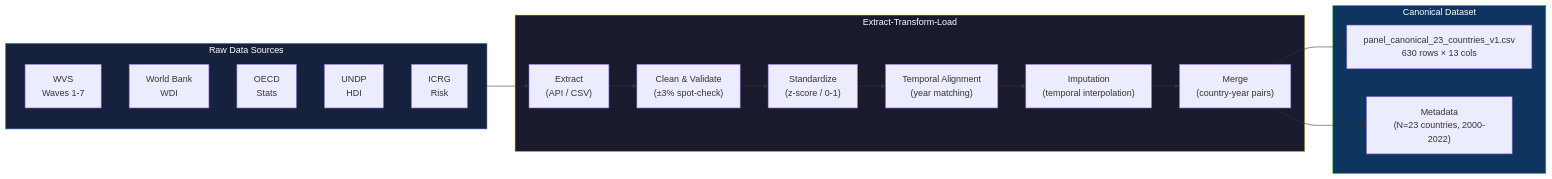
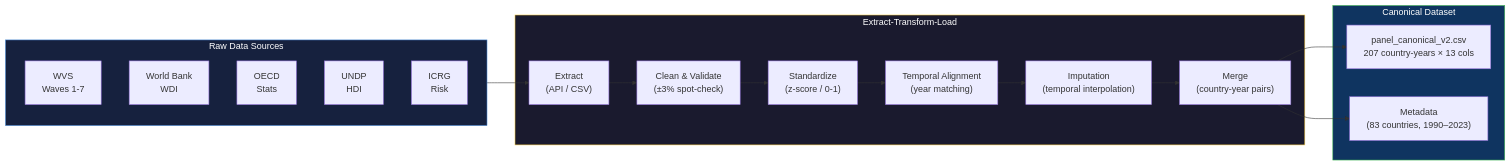
Before and after one commit to mustafaras/belief_emergence: the ninth of 15 diagrams in README.md, drawn with Mermaid. The commit also changed other lines of this file and 5 other files, not shown here.

````diff
--- a/README.md
+++ b/README.md
@@ -1516,33 +1516,33 @@
 ```mermaid
 flowchart LR
     subgraph Sources["Raw Data Sources"]
         WVS["WVS\nWaves 1-7"]
         WB["World Bank\nWDI"]
         OECD["OECD\nStats"]
         UNDP["UNDP\nHDI"]
         ICRG["ICRG\nRisk"]
     end
 
     subgraph ETL["Extract-Transform-Load"]
         Extract["Extract\n(API / CSV)"]
         Clean["Clean & Validate\n(±3% spot-check)"]
         Std["Standardize\n(z-score / 0-1)"]
         Align["Temporal Alignment\n(year matching)"]
         Impute["Imputation\n(temporal interpolation)"]
         Merge["Merge\n(country-year pairs)"]
     end
 
     subgraph Output["Canonical Dataset"]
-        Panel["panel_canonical_23_countries_v1.csv\n630 rows × 13 cols"]
-        Meta["Metadata\n(N=23 countries, 2000-2022)"]
+        Panel["panel_canonical_v2.csv\n207 country-years × 13 cols"]
+        Meta["Metadata\n(83 countries, 1990–2023)"]
     end
 
     Sources --> Extract
     Extract --> Clean --> Std --> Align --> Impute --> Merge
     Merge --> Panel
     Merge --> Meta
 
     style Sources fill:#16213e,stroke:#4c8eda,color:#fff
     style ETL fill:#1a1a2e,stroke:#f5c842,color:#fff
     style Output fill:#0f3460,stroke:#3fb950,color:#fff
 ```
````
